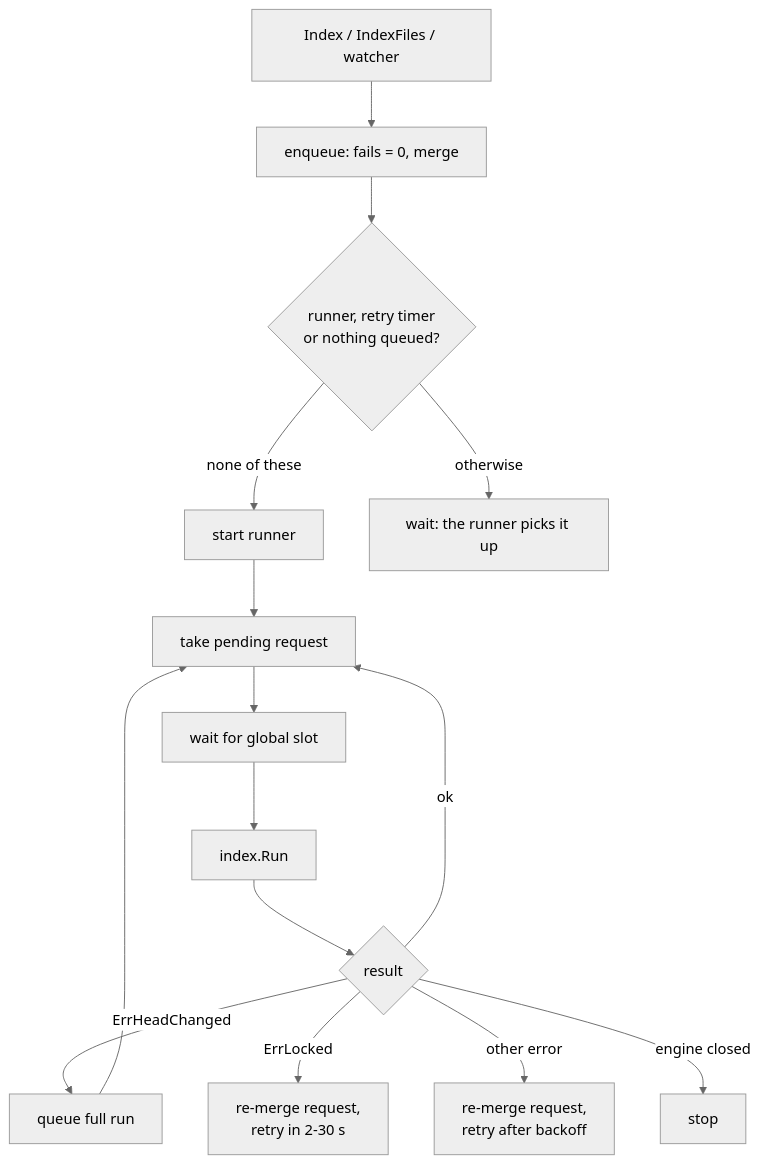
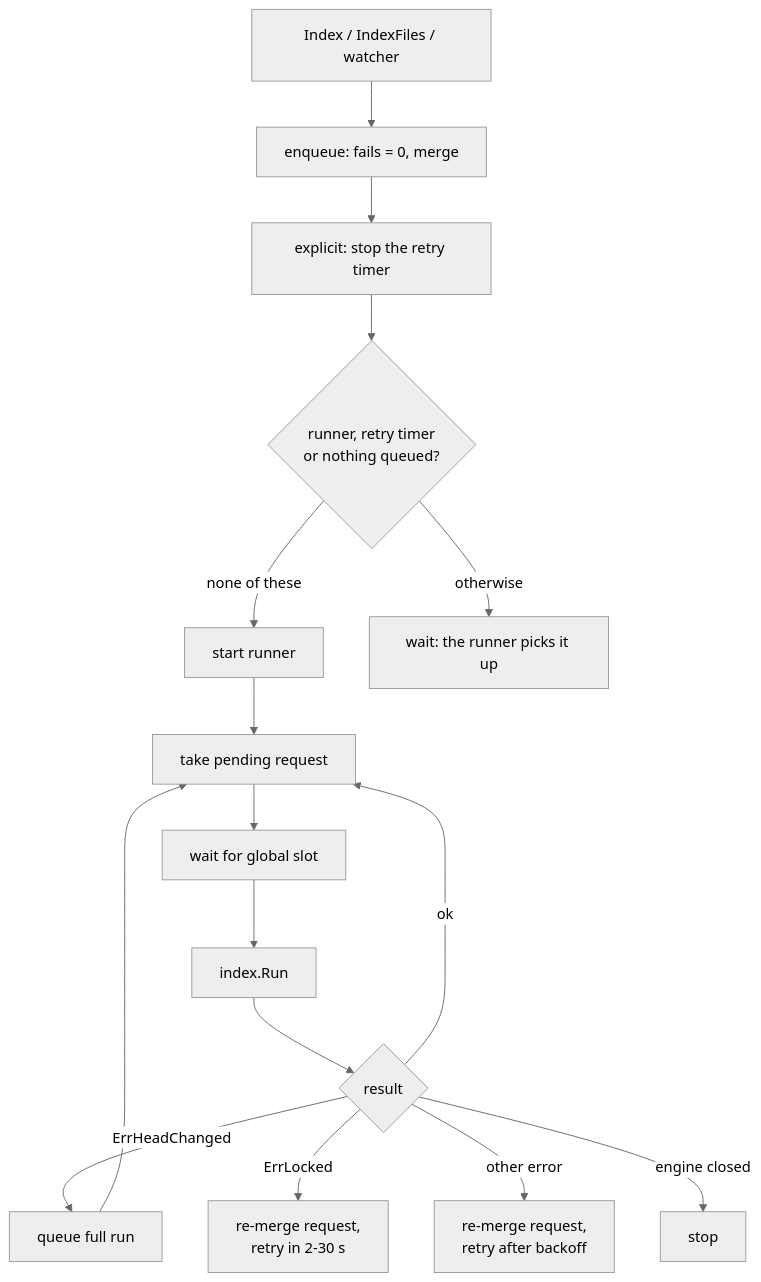
One commit to doITmagic/rag-code-mcp changed the second of 2 diagrams in engine/README.md. Above: the diagram before and after it, drawn with Mermaid (neutral theme). The commit also changed other lines of this file and 3 other files, not shown here.

First line of the commit message:
fix(engine): an explicit rag_index_workspace stops an armed retry and starts its run at once instead of waiting out the backoff of 30 s to 10 minutes

````diff
--- a/engine/README.md
+++ b/engine/README.md
@@ -253,16 +254,17 @@
 ```mermaid
 flowchart TD
     A[Index / IndexFiles / watcher] --> B[enqueue: fails = 0, merge]
-    B --> C{runner, retry timer<br/>or nothing queued?}
+    B --> B1[explicit: stop the retry timer]
+    B1 --> C{runner, retry timer<br/>or nothing queued?}
     C -->|none of these| D[start runner]
     C -->|otherwise| Z[wait: the runner picks it up]
     D --> E[take pending request]
     E --> F[wait for global slot]
     F --> G[index.Run]
     G --> H{result}
     H -->|ok| E
     H -->|ErrHeadChanged| H1[queue full run] --> E
     H -->|ErrLocked| I[re-merge request,<br/>retry in 2-30 s]
     H -->|other error| J[re-merge request,<br/>retry after backoff]
     H -->|engine closed| K[stop]
 ```
````
